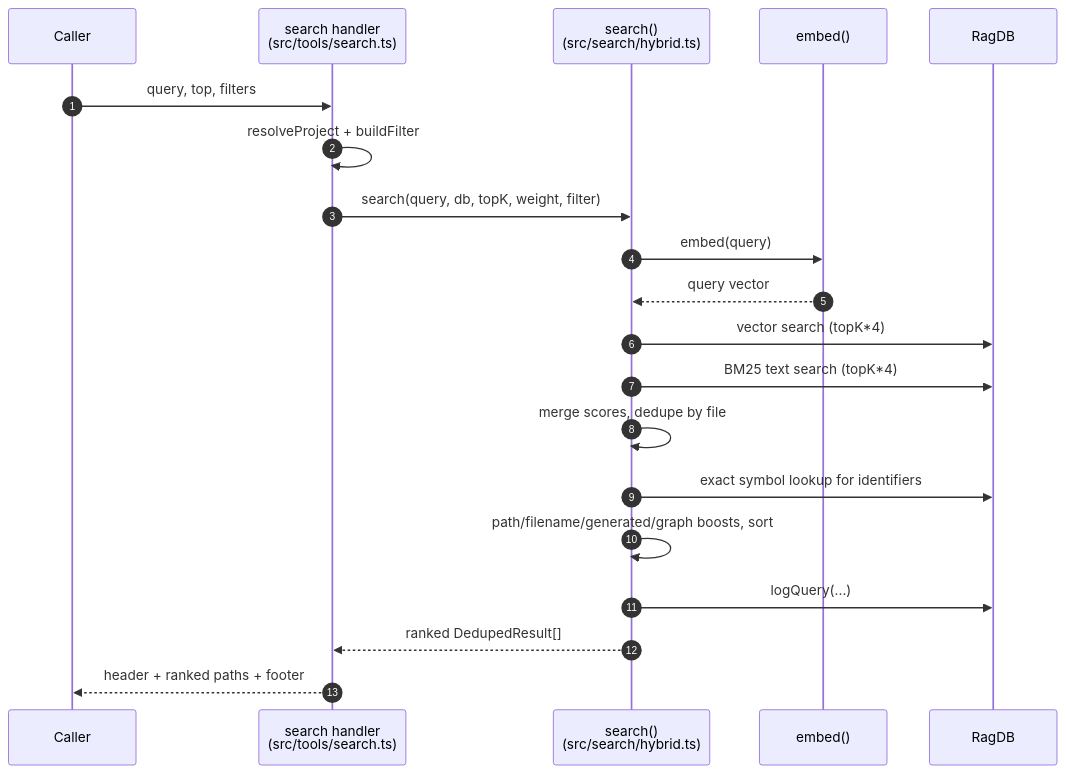
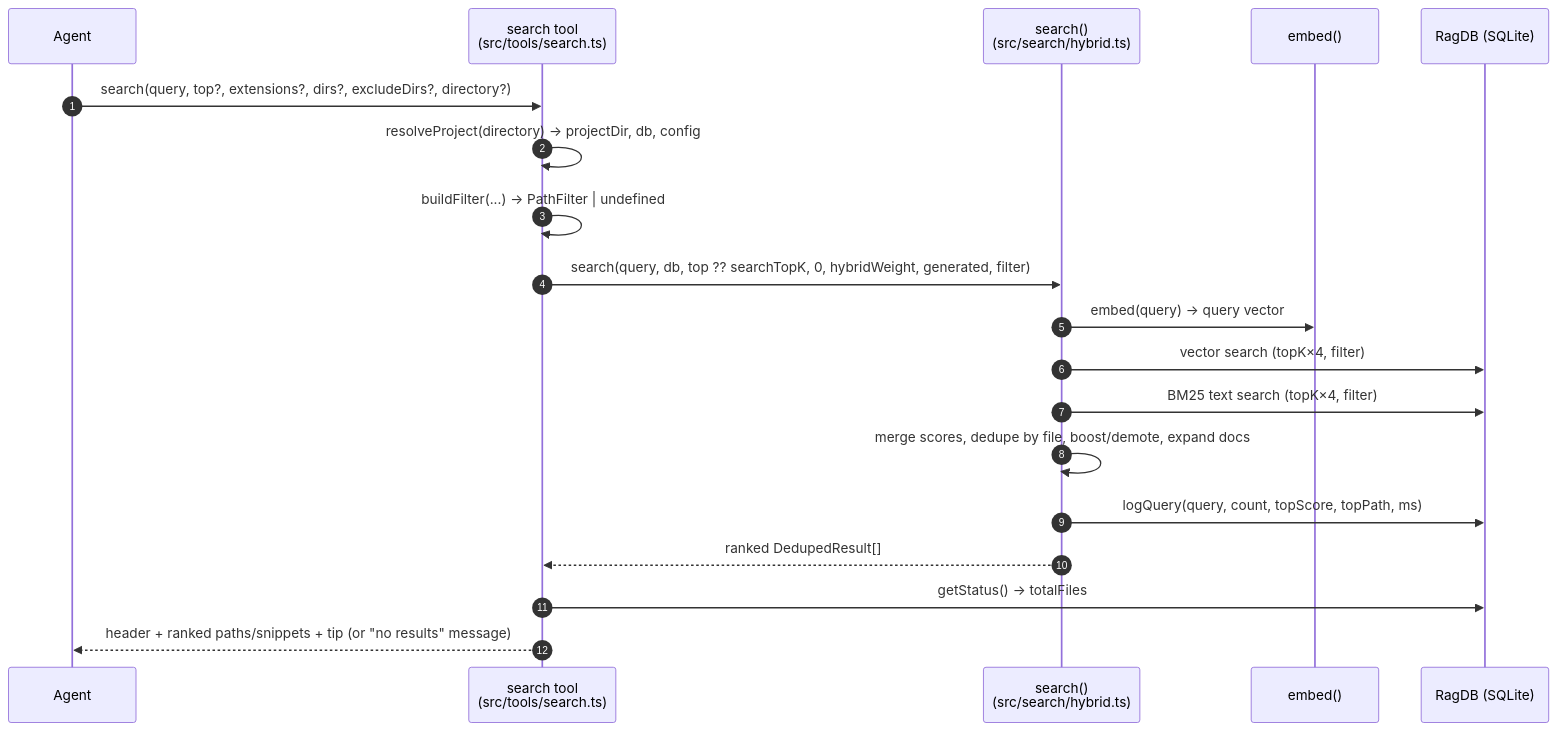
Before and after one commit to TheWinci/mimirs: the diagram in wiki/tools/search.md, drawn with Mermaid. The commit also changed other lines of this file and 51 other files, not shown here.

````diff
--- a/wiki/tools/search.md
+++ b/wiki/tools/search.md
@@ -38,22 +27,22 @@
 ```mermaid
 sequenceDiagram
-  autonumber
-  participant Caller
-  participant Handler as search handler<br>(src/tools/search.ts)
-  participant Svc as search()<br>(src/search/hybrid.ts)
-  participant Embed as embed()
-  participant DB as RagDB
-  Caller->>Handler: query, top, filters
-  Handler->>Handler: resolveProject + buildFilter
-  Handler->>Svc: search(query, db, topK, weight, filter)
-  Svc->>Embed: embed(query)
-  Embed-->>Svc: query vector
-  Svc->>DB: vector search (topK*4)
-  Svc->>DB: BM25 text search (topK*4)
-  Svc->>Svc: merge scores, dedupe by file
-  Svc->>DB: exact symbol lookup for identifiers
-  Svc->>Svc: path/filename/generated/graph boosts, sort
-  Svc->>DB: logQuery(...)
-  Svc-->>Handler: ranked DedupedResult[]
-  Handler-->>Caller: header + ranked paths + footer
+    autonumber
+    participant Agent
+    participant Tool as search tool<br>(src/tools/search.ts)
+    participant Hybrid as search()<br>(src/search/hybrid.ts)
+    participant Embed as embed()
+    participant DB as RagDB (SQLite)
+
+    Agent->>Tool: search(query, top?, extensions?, dirs?, excludeDirs?, directory?)
+    Tool->>Tool: resolveProject(directory) → projectDir, db, config
+    Tool->>Tool: buildFilter(...) → PathFilter | undefined
+    Tool->>Hybrid: search(query, db, top ?? searchTopK, 0, hybridWeight, generated, filter)
+    Hybrid->>Embed: embed(query) → query vector
+    Hybrid->>DB: vector search (topK×4, filter)
+    Hybrid->>DB: BM25 text search (topK×4, filter)
+    Hybrid->>Hybrid: merge scores, dedupe by file, boost/demote, expand docs
+    Hybrid->>DB: logQuery(query, count, topScore, topPath, ms)
+    Hybrid-->>Tool: ranked DedupedResult[]
+    Tool->>DB: getStatus() → totalFiles
+    Tool-->>Agent: header + ranked paths/snippets + tip (or "no results" message)
 ```
````
